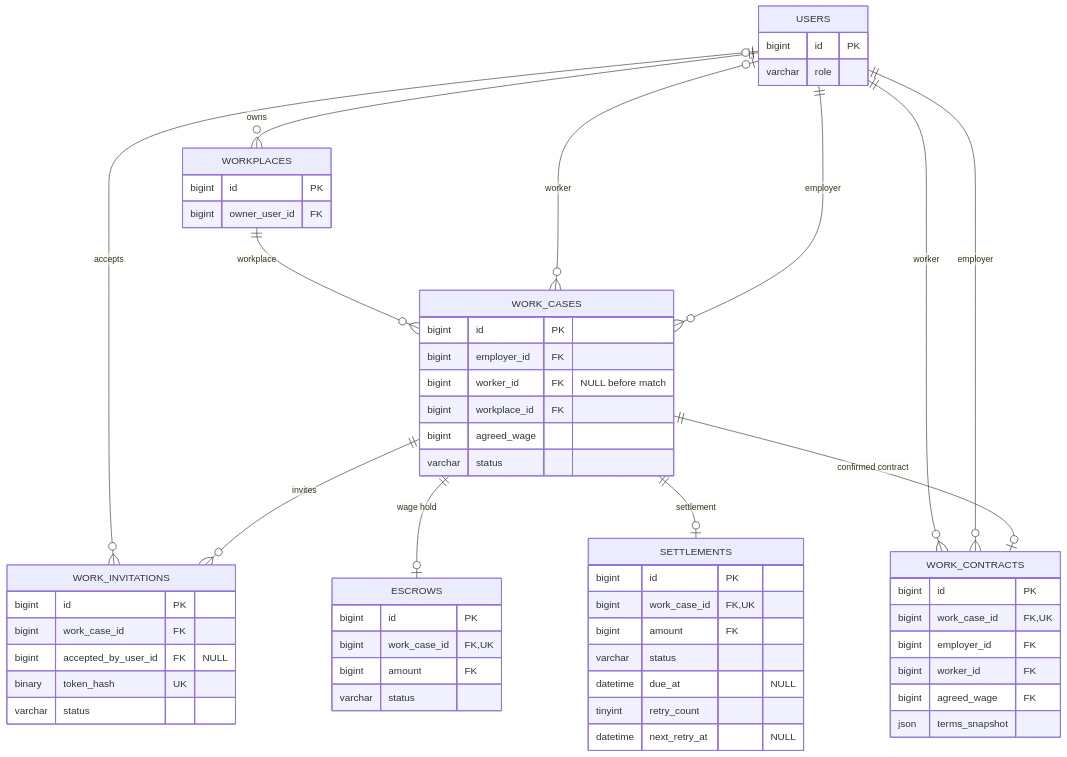
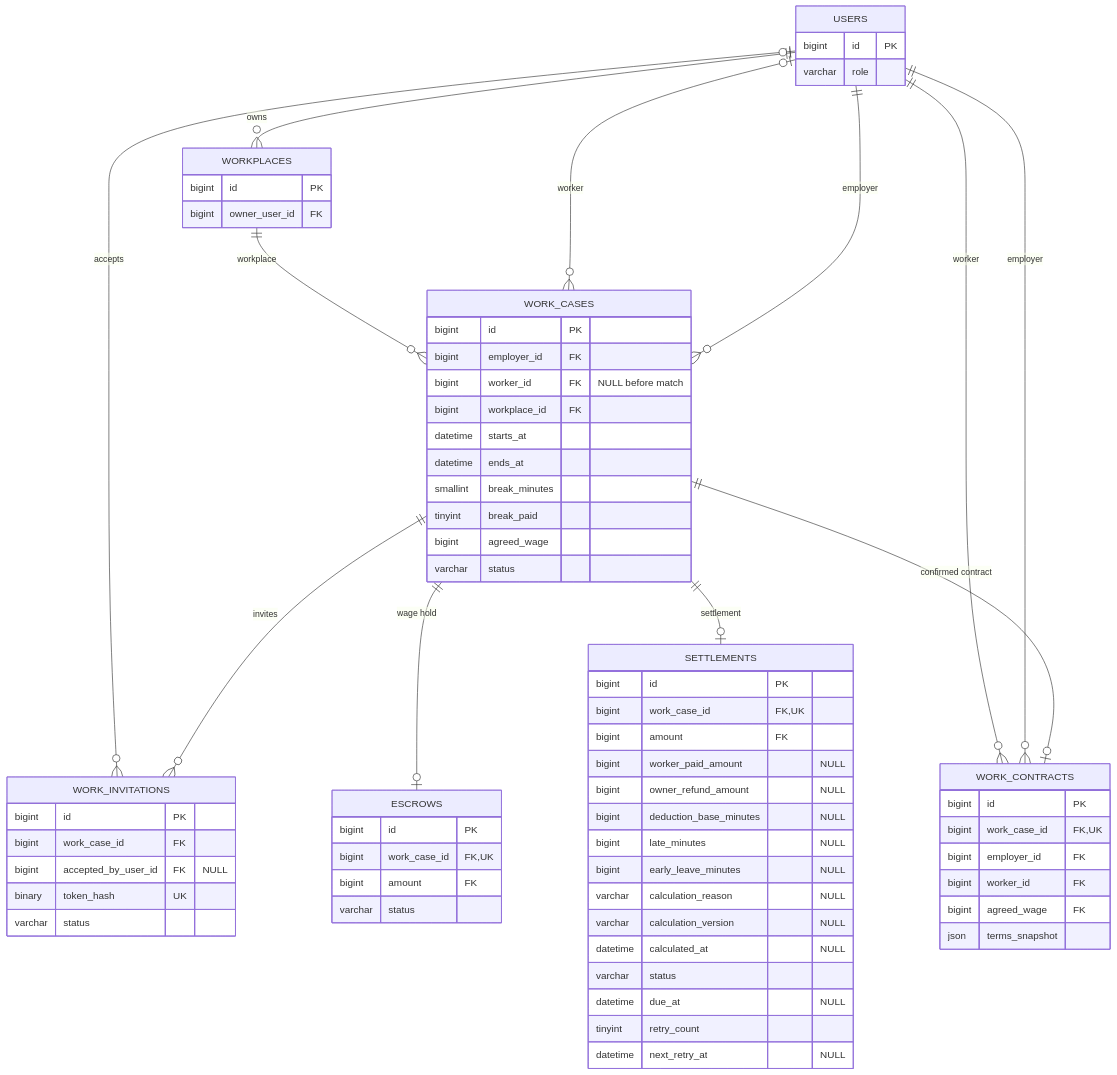
Before and after one commit to KB-24-2-GigHub/KB-PJT-24-2: the third of 6 diagrams in docs/DATABASE_SCHEMA_ERD.md, drawn with Mermaid. The commit also changed other lines of this file and 118 other files, not shown here.

````diff
--- a/docs/DATABASE_SCHEMA_ERD.md
+++ b/docs/DATABASE_SCHEMA_ERD.md
@@ -661,61 +730,73 @@
 ```mermaid
 erDiagram
     USERS {
         bigint id PK
         varchar role
     }
     WORKPLACES {
         bigint id PK
         bigint owner_user_id FK
     }
     WORK_CASES {
         bigint id PK
         bigint employer_id FK
         bigint worker_id FK "NULL before match"
         bigint workplace_id FK
+        datetime starts_at
+        datetime ends_at
+        smallint break_minutes
+        tinyint break_paid
         bigint agreed_wage
         varchar status
     }
     WORK_INVITATIONS {
         bigint id PK
         bigint work_case_id FK
         bigint accepted_by_user_id FK "NULL"
         binary token_hash UK
         varchar status
     }
     WORK_CONTRACTS {
         bigint id PK
         bigint work_case_id FK, UK
         bigint employer_id FK
         bigint worker_id FK
         bigint agreed_wage FK
         json terms_snapshot
     }
     ESCROWS {
         bigint id PK
         bigint work_case_id FK, UK
         bigint amount FK
         varchar status
     }
     SETTLEMENTS {
         bigint id PK
         bigint work_case_id FK, UK
         bigint amount FK
+        bigint worker_paid_amount "NULL"
+        bigint owner_refund_amount "NULL"
+        bigint deduction_base_minutes "NULL"
+        bigint late_minutes "NULL"
+        bigint early_leave_minutes "NULL"
+        varchar calculation_reason "NULL"
+        varchar calculation_version "NULL"
+        datetime calculated_at "NULL"
         varchar status
         datetime due_at "NULL"
         tinyint retry_count
         datetime next_retry_at "NULL"
     }
 
     USERS ||--o{ WORKPLACES : "owns"
     USERS ||--o{ WORK_CASES : "employer"
     USERS o|--o{ WORK_CASES : "worker"
     WORKPLACES ||--o{ WORK_CASES : "workplace"
     WORK_CASES ||--o{ WORK_INVITATIONS : "invites"
     USERS o|--o{ WORK_INVITATIONS : "accepts"
     WORK_CASES ||--o| WORK_CONTRACTS : "confirmed contract"
     USERS ||--o{ WORK_CONTRACTS : "employer"
     USERS ||--o{ WORK_CONTRACTS : "worker"
     WORK_CASES ||--o| ESCROWS : "wage hold"
     WORK_CASES ||--o| SETTLEMENTS : "settlement"
 ```
````
